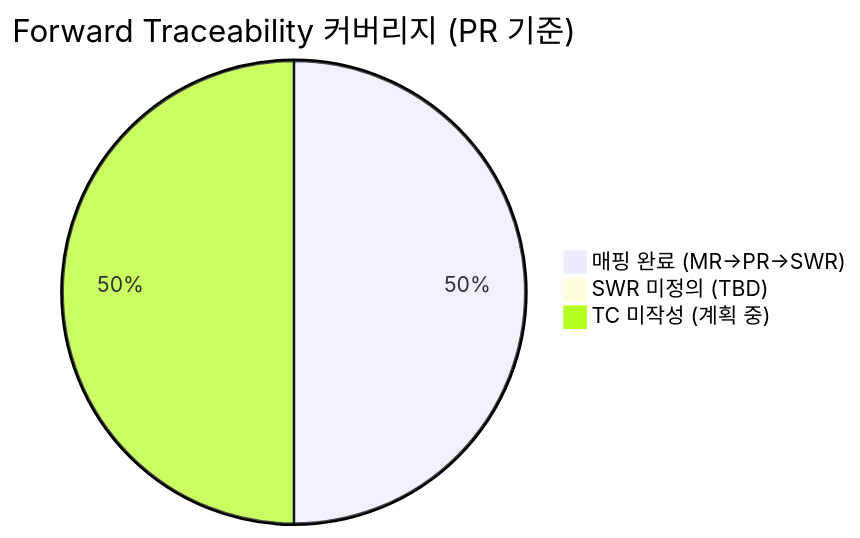
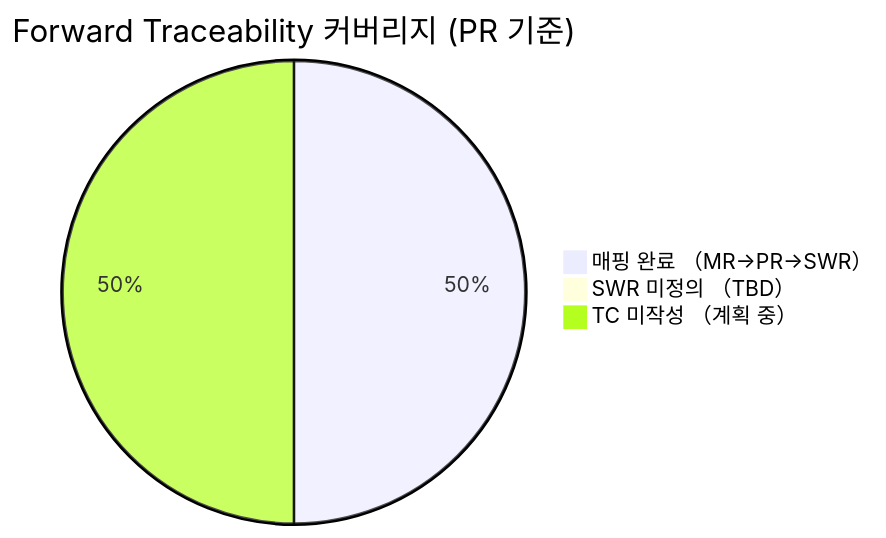
One commit to holee9/console-gui changed the third of 6 diagrams in docs/verification/DOC-032_RTM_v2.0.md. Above: the diagram before and after it, drawn with Mermaid. The commit also changed other lines of this file and 19 other files, not shown here.

First line of the commit message:
fix: quadrantChart/pie/timeline 등 비flowchart 차트 파싱 오류 전면 수정

````diff
--- a/docs/verification/DOC-032_RTM_v2.0.md
+++ b/docs/verification/DOC-032_RTM_v2.0.md
@@ -394,6 +394,6 @@
 ```mermaid
 pie title Forward Traceability 커버리지 (PR 기준)
-    "매핑 완료 (MR→PR→SWR)" : 90
-    "SWR 미정의 (TBD)" : 0
-    "TC 미작성 (계획 중)" : 90
+    "매핑 완료 （MR→PR→SWR）" : 90
+    "SWR 미정의 （TBD）" : 0
+    "TC 미작성 （계획 중）" : 90
 ```
````
